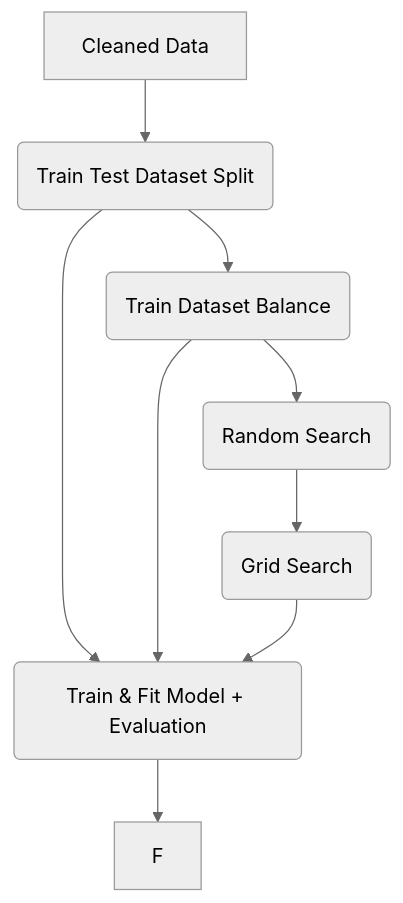
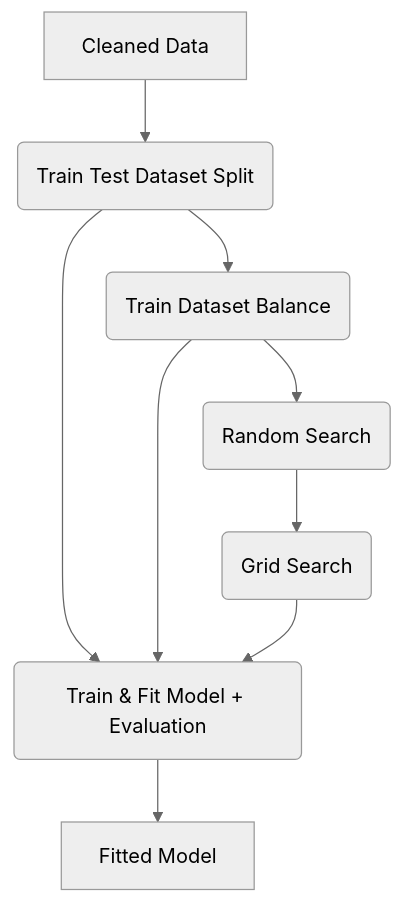
The fifth of 5 diagrams in README.md (JamieDuane/SC5010_IBM_Data_Analysis), drawn with Mermaid (neutral theme) before and after one commit.

````diff
--- a/README.md
+++ b/README.md
@@ -85,11 +85,11 @@
 ```mermaid
 flowchart TD;
     A[Cleaned Data]-->B(Train Test Dataset Split);
     B-->C(Train & Fit Model + Evaluation);
     B-->D(Train Dataset Balance);
     D-->C;
     D-->E(Random Search);
     E-->F(Grid Search);
     F-->C(Train & Fit Model + Evaluation);
-    C-->G[F];
+    C-->G[Fitted Model];
 ```
````
